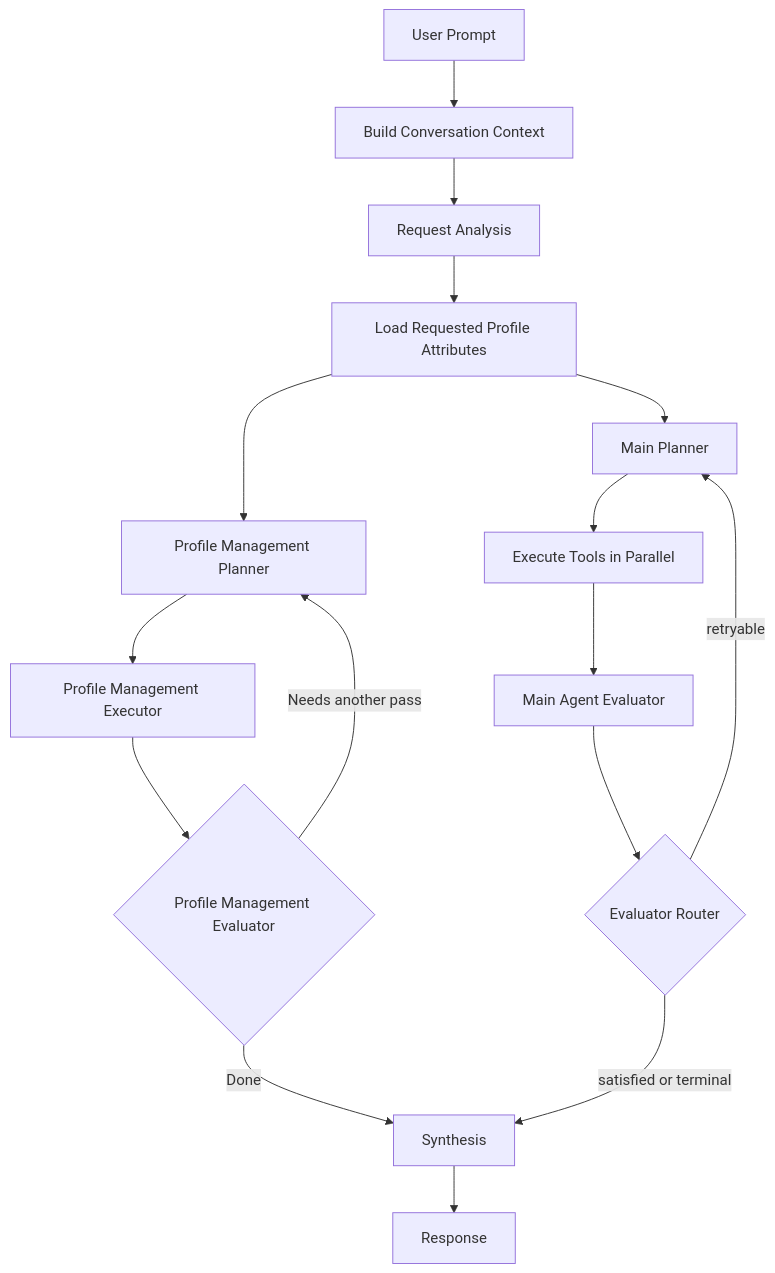
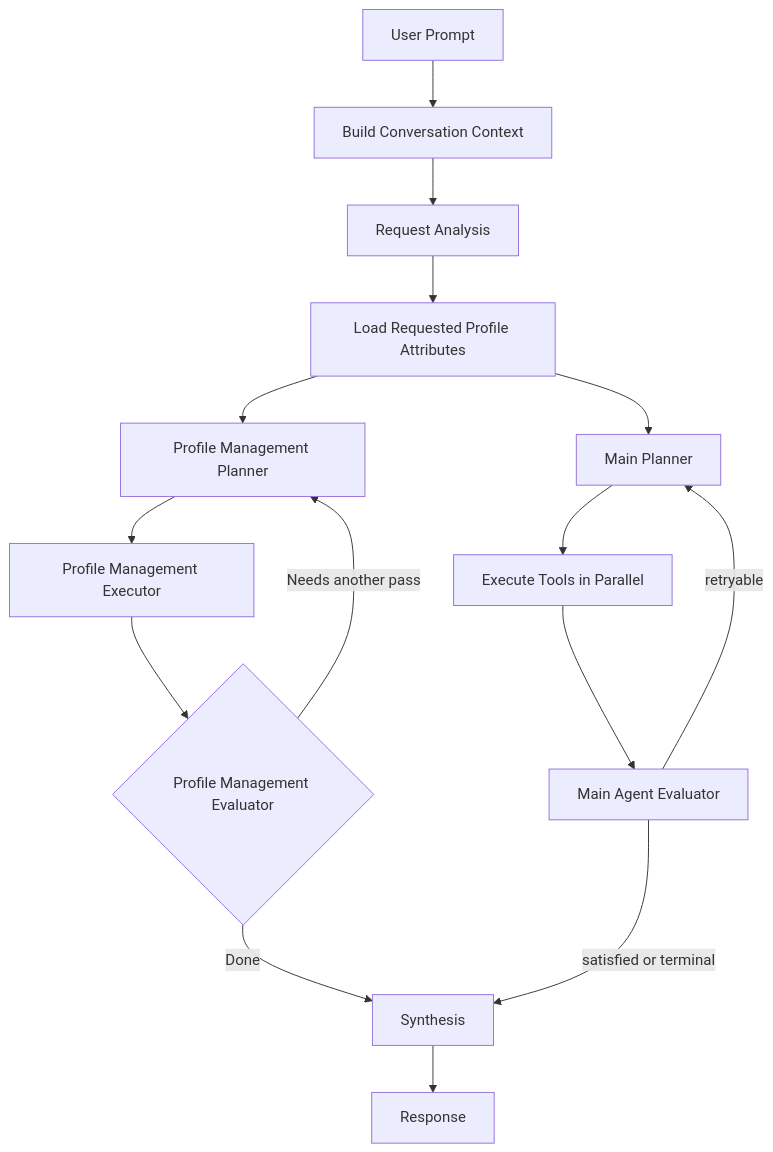
One commit to mikeshutov/llm_poc changed the diagram in README.md. Above: the diagram before and after it, drawn with Mermaid.

````diff
--- a/README.md
+++ b/README.md
@@ -36,19 +36,17 @@
 ```mermaid
 flowchart TD
     A[User Prompt] --> B[Build Conversation Context]
     B --> C[Request Analysis]
     C --> D[Load Requested Profile Attributes]
     D --> P1[Main Planner]
     D --> PMP[Profile Management Planner]
     PMP --> PMX[Profile Management Executor]
     PMX --> PMV{Profile Management Evaluator}
     PMV -->|Needs another pass| PMP
     PMV -->|Done| S[Synthesis]
     P1 --> X[Execute Tools in Parallel]
     X --> EV[Main Agent Evaluator]
-
-    EV --> ER{Evaluator Router}
-    ER -->|satisfied or terminal| S
-    ER -->|retryable| P1
+    EV -->|satisfied or terminal| S
+    EV -->|retryable| P1
     S --> L[Response]
 ```
````
